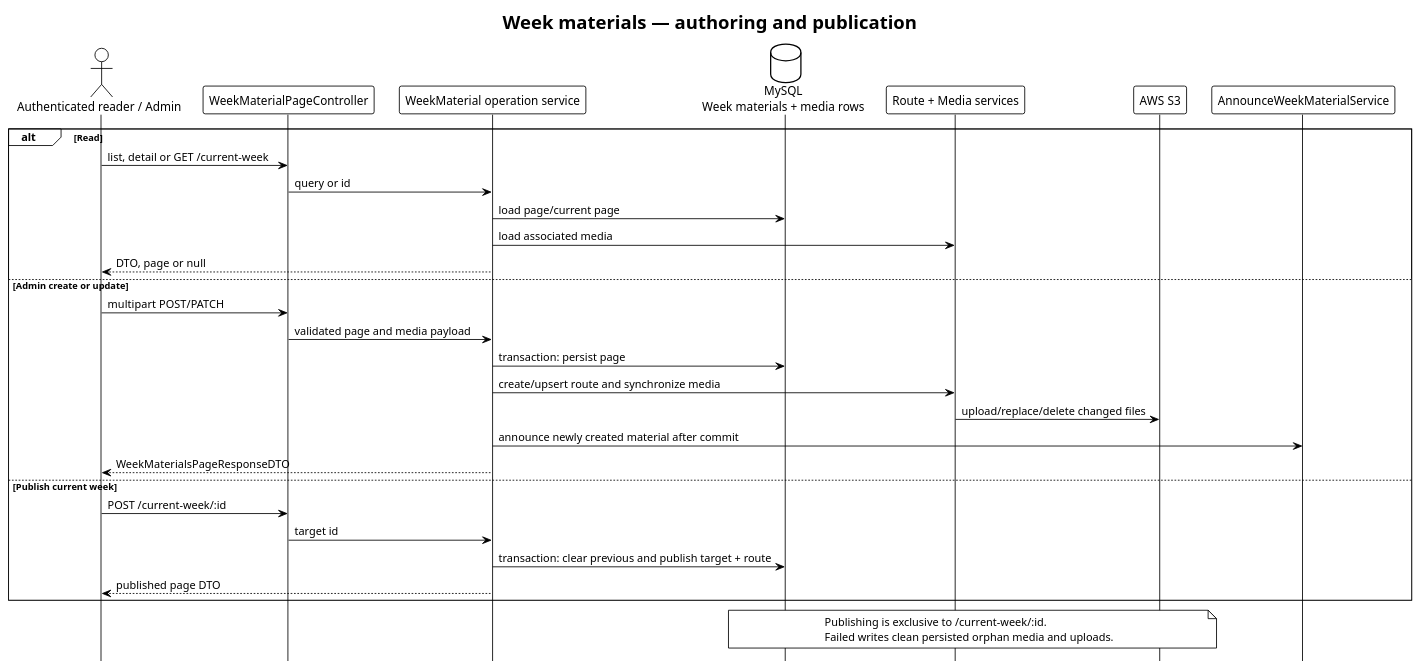
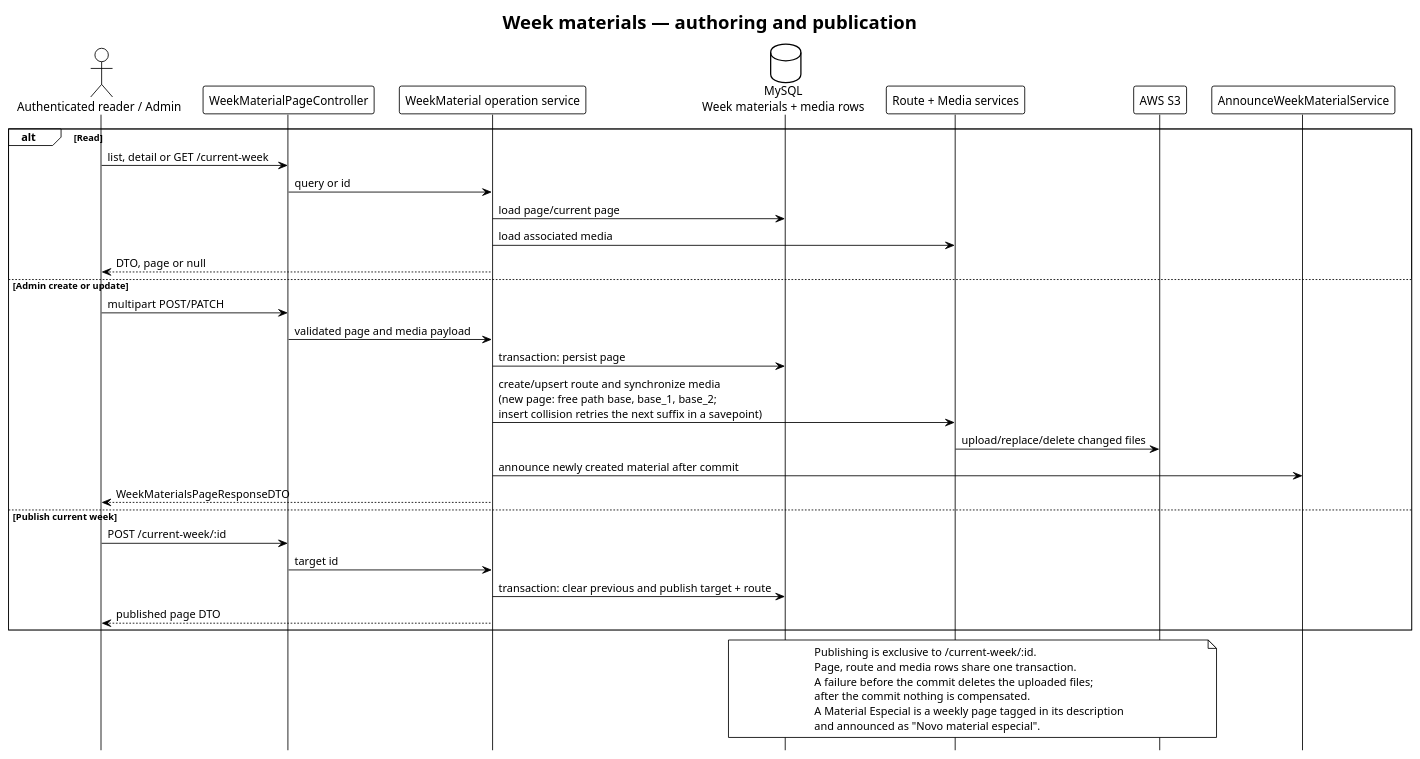
One commit to ministerioclubinhos/clubinhonib-api changed the diagram in docs/diagrams/flow/week-materials/week-materials-flow.puml. Above: the diagram before and after it, drawn with PlantUML. The commit also changed 50 other files, not shown here.

```diff
--- a/docs/diagrams/flow/week-materials/week-materials-flow.puml
+++ b/docs/diagrams/flow/week-materials/week-materials-flow.puml
@@ -1,39 +1,43 @@
 @startuml Week Materials Flow - Clubinho NIB API
 !theme plain
 hide footbox
 title Week materials — authoring and publication
 
 actor "Authenticated reader / Admin" as Client
 participant WeekMaterialPageController as Controller
 participant "WeekMaterial operation service" as Service
 database "MySQL\nWeek materials + media rows" as Repository
 participant "Route + Media services" as Content
 participant "AWS S3" as S3
 participant AnnounceWeekMaterialService as Notify
 
 alt Read
   Client -> Controller : list, detail or GET /current-week
   Controller -> Service : query or id
   Service -> Repository : load page/current page
   Service -> Content : load associated media
   Service --> Client : DTO, page or null
 else Admin create or update
   Client -> Controller : multipart POST/PATCH
   Controller -> Service : validated page and media payload
   Service -> Repository : transaction: persist page
-  Service -> Content : create/upsert route and synchronize media
+  Service -> Content : create/upsert route and synchronize media\n(new page: free path base, base_1, base_2;\ninsert collision retries the next suffix in a savepoint)
   Content -> S3 : upload/replace/delete changed files
   Service -> Notify : announce newly created material after commit
   Service --> Client : WeekMaterialsPageResponseDTO
 else Publish current week
   Client -> Controller : POST /current-week/:id
   Controller -> Service : target id
   Service -> Repository : transaction: clear previous and publish target + route
   Service --> Client : published page DTO
 end
 
 note over Repository, S3
   Publishing is exclusive to /current-week/:id.
-  Failed writes clean persisted orphan media and uploads.
+  Page, route and media rows share one transaction.
+  A failure before the commit deletes the uploaded files;
+  after the commit nothing is compensated.
+  A Material Especial is a weekly page tagged in its description
+  and announced as "Novo material especial".
 end note
 @enduml
```
